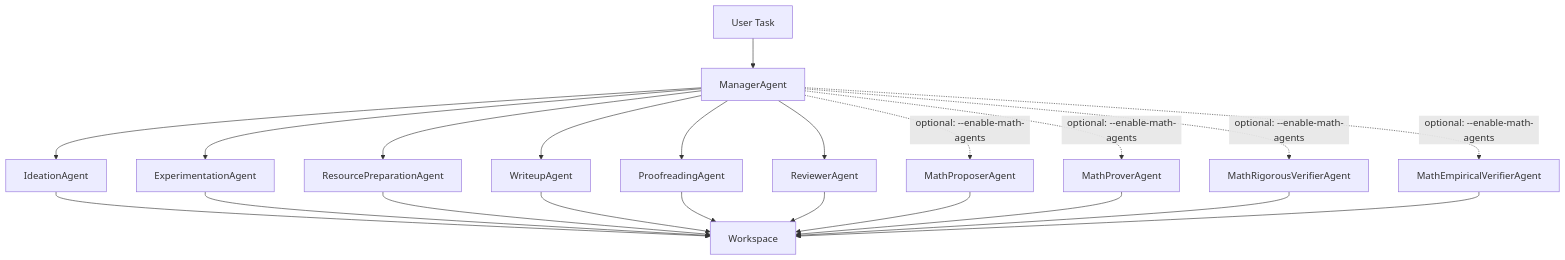
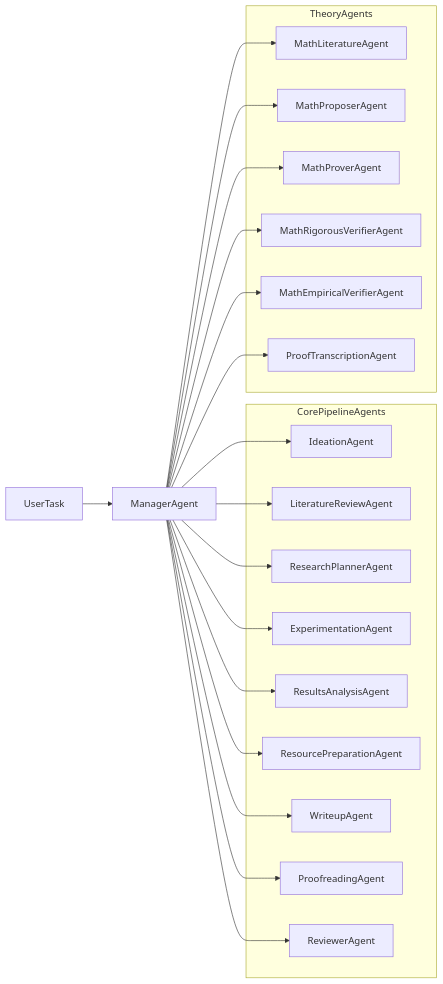
One commit to andreb999999/pAI-physics changed the second of 3 diagrams in README.md. Above: the diagram before and after it, drawn with Mermaid. The commit also changed other lines of this file and 32 other files, not shown here.

First line of the commit message:
Implement full_research pipeline orchestration and rigorous math workflow support.

````diff
--- a/README.md
+++ b/README.md
@@ -11,26 +27,41 @@
 ```mermaid
-flowchart TD
-    U["User Task"] --> M["ManagerAgent"]
-    M --> I["IdeationAgent"]
-    M --> E["ExperimentationAgent"]
-    M --> R["ResourcePreparationAgent"]
-    M --> W["WriteupAgent"]
-    M --> P["ProofreadingAgent"]
-    M --> V["ReviewerAgent"]
+flowchart LR
+    userTask["UserTask"] --> manager["ManagerAgent"]
 
-    M -. "optional: --enable-math-agents" .-> MP["MathProposerAgent"]
-    M -. "optional: --enable-math-agents" .-> MPr["MathProverAgent"]
-    M -. "optional: --enable-math-agents" .-> MR["MathRigorousVerifierAgent"]
-    M -. "optional: --enable-math-agents" .-> ME["MathEmpiricalVerifierAgent"]
+    subgraph corePipeline [CorePipelineAgents]
+        ideation["IdeationAgent"]
+        litAgent["LiteratureReviewAgent"]
+        planner["ResearchPlannerAgent"]
+        experimentation["ExperimentationAgent"]
+        resultsAnalysis["ResultsAnalysisAgent"]
+        resourcePrep["ResourcePreparationAgent"]
+        writeup["WriteupAgent"]
+        proofreading["ProofreadingAgent"]
+        reviewer["ReviewerAgent"]
+    end
 
-    I --> WS["Workspace"]
-    E --> WS
-    R --> WS
-    W --> WS
-    P --> WS
-    V --> WS
-    MP --> WS
-    MPr --> WS
-    MR --> WS
-    ME --> WS
+    subgraph theoryPipeline [TheoryAgents]
+        mathLit["MathLiteratureAgent"]
+        mathProp["MathProposerAgent"]
+        mathProv["MathProverAgent"]
+        mathRig["MathRigorousVerifierAgent"]
+        mathEmp["MathEmpiricalVerifierAgent"]
+        proofTx["ProofTranscriptionAgent"]
+    end
+
+    manager --> ideation
+    manager --> litAgent
+    manager --> planner
+    manager --> experimentation
+    manager --> resultsAnalysis
+    manager --> resourcePrep
+    manager --> writeup
+    manager --> proofreading
+    manager --> reviewer
+    manager --> mathLit
+    manager --> mathProp
+    manager --> mathProv
+    manager --> mathRig
+    manager --> mathEmp
+    manager --> proofTx
 ```
````
